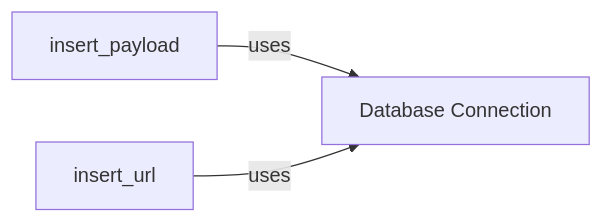
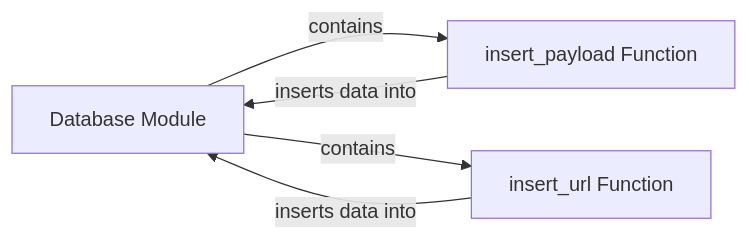
Before and after one commit to CodeBoarding/GeneratedOnBoardings: the diagram in WhatWaf/Data Storage.md, drawn with Mermaid. The commit also changed other lines of this file and 14 other files, not shown here.

````diff
--- a/WhatWaf/Data Storage.md
+++ b/WhatWaf/Data Storage.md
@@ -1,8 +1,10 @@
 ```mermaid
 graph LR
-    insert_payload["insert_payload"]
-    insert_url["insert_url"]
-    Database_Connection["Database Connection"]
-    insert_payload -- "uses" --> Database_Connection
-    insert_url -- "uses" --> Database_Connection
+    Database_Module["Database Module"]
+    insert_payload_Function["insert_payload Function"]
+    insert_url_Function["insert_url Function"]
+    Database_Module -- "contains" --> insert_payload_Function
+    Database_Module -- "contains" --> insert_url_Function
+    insert_payload_Function -- "inserts data into" --> Database_Module
+    insert_url_Function -- "inserts data into" --> Database_Module
 ```
````
